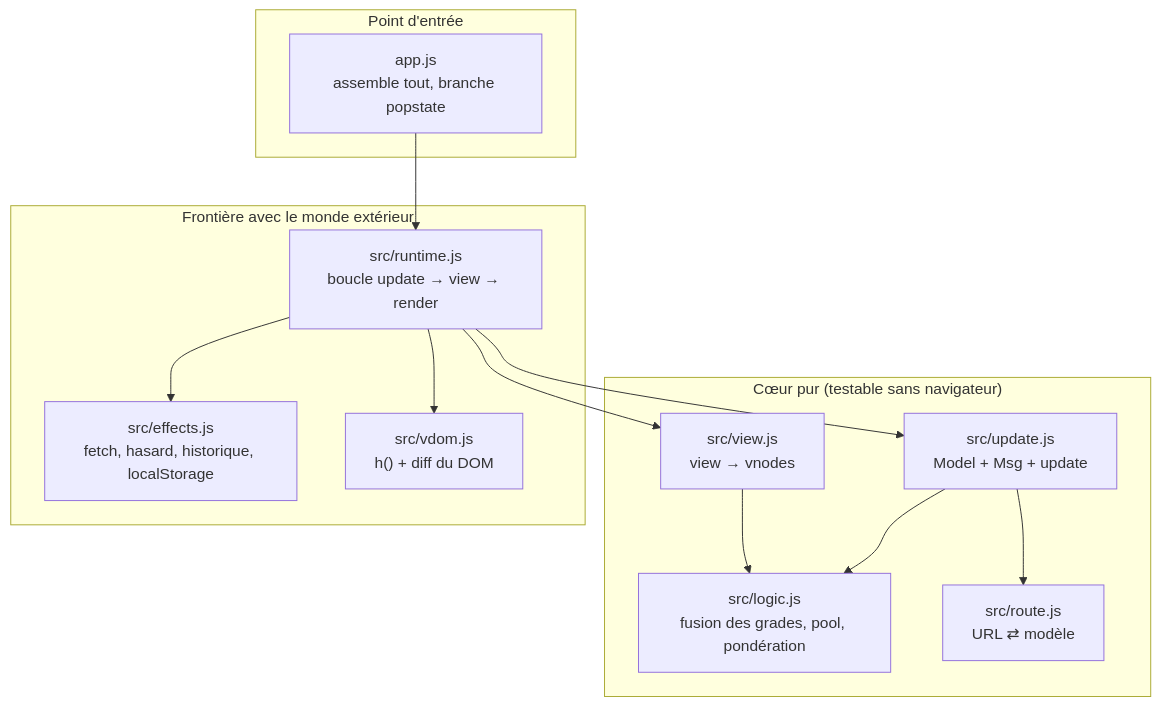
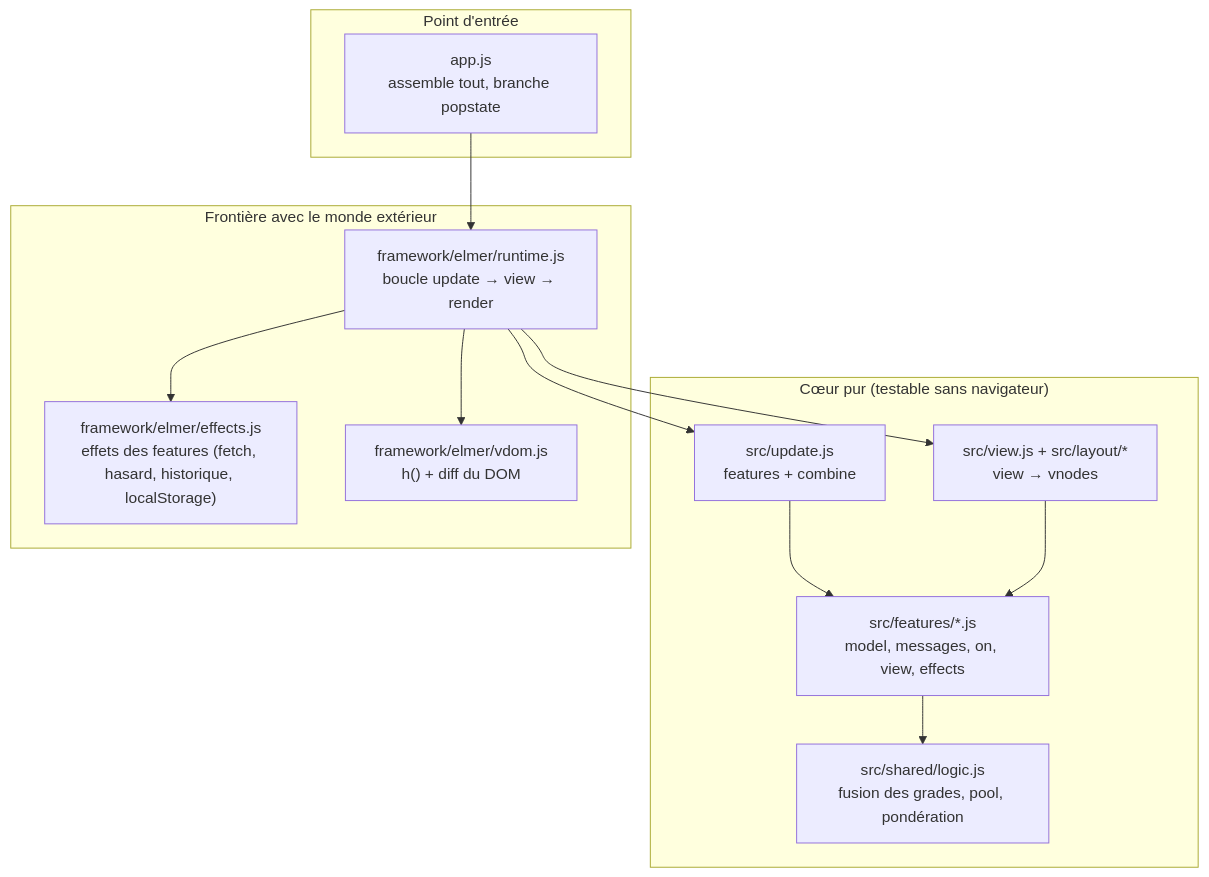
The second of 6 diagrams in README.md (devsigner/aikido-trainer), drawn with Mermaid before and after one commit. The commit also changed other lines of this file and 50 other files, not shown here.

````diff
--- a/README.md
+++ b/README.md
@@ -122,25 +124,25 @@
 ```mermaid
 flowchart TB
     subgraph entry["Point d'entrée"]
         APP["app.js<br/>assemble tout, branche popstate"]
     end
     subgraph pure["Cœur pur (testable sans navigateur)"]
-        UPD["src/update.js<br/>Model + Msg + update"]
-        VIEW["src/view.js<br/>view → vnodes"]
-        LOG["src/logic.js<br/>fusion des grades, pool, pondération"]
-        ROUTE["src/route.js<br/>URL ⇄ modèle"]
+        UPD["src/update.js<br/>features + combine"]
+        FEAT["src/features/*.js<br/>model, messages, on, view, effects"]
+        VIEW["src/view.js + src/layout/*<br/>view → vnodes"]
+        LOG["src/shared/logic.js<br/>fusion des grades, pool, pondération"]
     end
     subgraph impure["Frontière avec le monde extérieur"]
-        RUN["src/runtime.js<br/>boucle update → view → render"]
-        EFF["src/effects.js<br/>fetch, hasard, historique, localStorage"]
-        VDOM["src/vdom.js<br/>h() + diff du DOM"]
+        RUN["framework/elmer/runtime.js<br/>boucle update → view → render"]
+        EFF["framework/elmer/effects.js<br/>effets des features (fetch, hasard, historique, localStorage)"]
+        VDOM["framework/elmer/vdom.js<br/>h() + diff du DOM"]
     end
     APP --> RUN
     RUN --> UPD
     RUN --> VIEW
     RUN --> EFF
     RUN --> VDOM
-    UPD --> LOG
-    UPD --> ROUTE
-    VIEW --> LOG
+    UPD --> FEAT
+    FEAT --> LOG
+    VIEW --> FEAT
 ```
````
